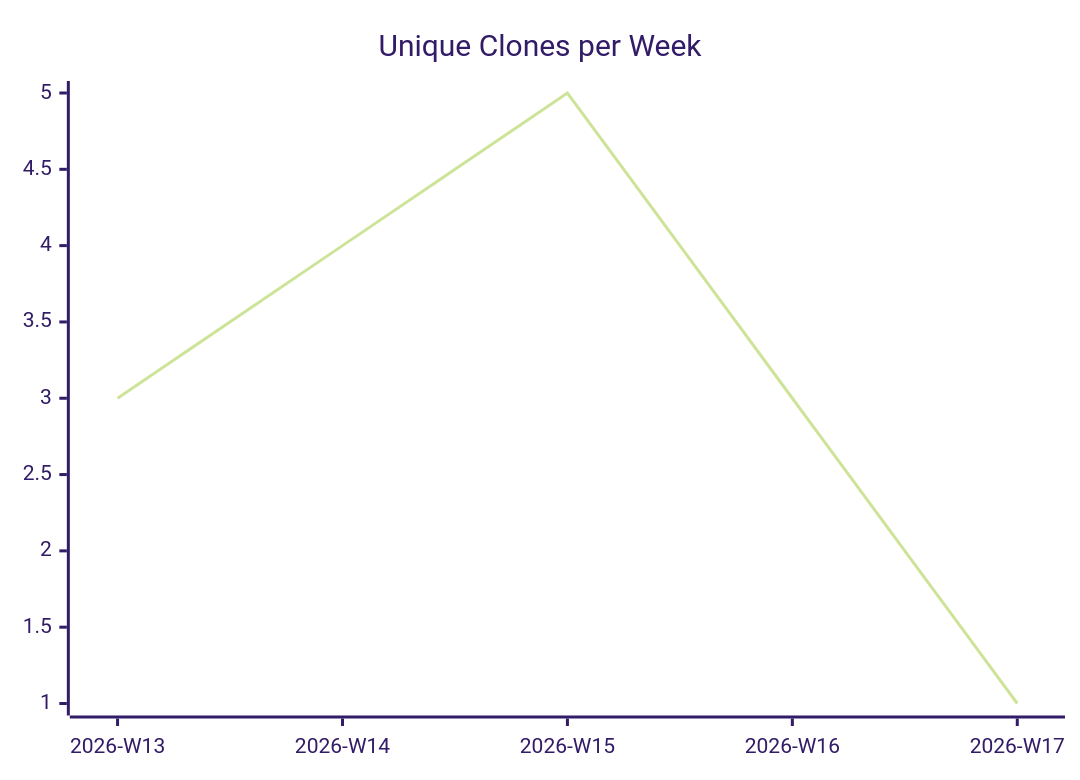
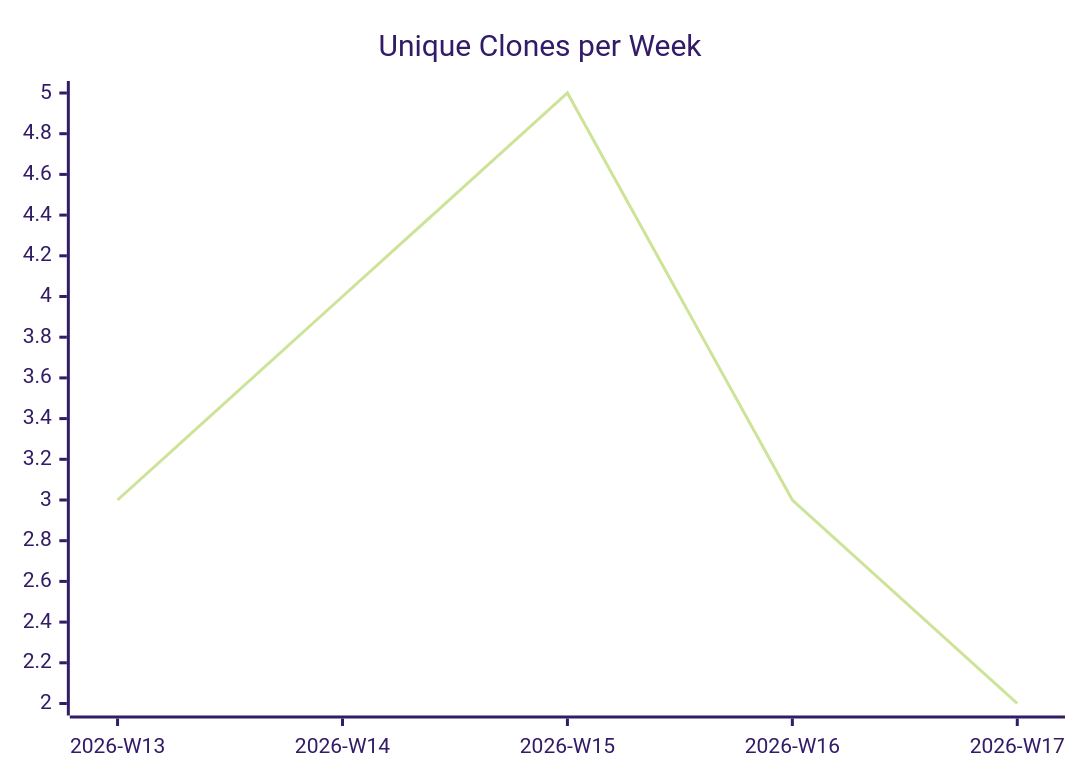
Before and after one commit to justdavis-family/github-analytics-data: the third of 3 diagrams in karlmdavis/justdavis-karl/README.md, drawn with Mermaid (forest theme). The commit also changed other lines of this file and 197 other files, not shown here.

````diff
--- a/karlmdavis/justdavis-karl/README.md
+++ b/karlmdavis/justdavis-karl/README.md
@@ -19,6 +19,6 @@
 ```mermaid
 xychart-beta
   title "Unique Clones per Week"
   x-axis ["2026-W13", "2026-W14", "2026-W15", "2026-W16", "2026-W17"]
-  line [3, 4, 5, 3, 1]
+  line [3, 4, 5, 3, 2]
 ```
````
